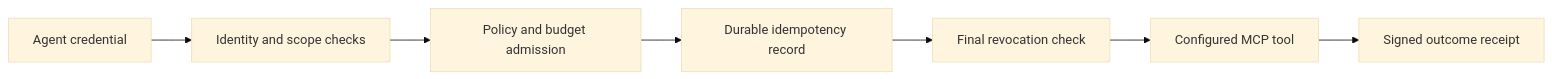
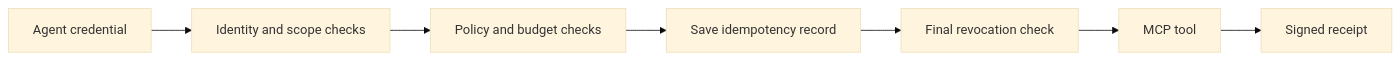
Before and after one commit to asquitt/agent-hub: the diagram in README.md, drawn with Mermaid (base theme). The commit also changed other lines of this file, not shown here.

````diff
--- a/README.md
+++ b/README.md
@@ -23,9 +26,9 @@
 ```mermaid
 flowchart LR
     A[Agent credential] --> B[Identity and scope checks]
-    B --> C[Policy and budget admission]
-    C --> D[Durable idempotency record]
+    B --> C[Policy and budget checks]
+    C --> D[Save idempotency record]
     D --> E[Final revocation check]
-    E --> F[Configured MCP tool]
-    F --> G[Signed outcome receipt]
+    E --> F[MCP tool]
+    F --> G[Signed receipt]
 ```
````
